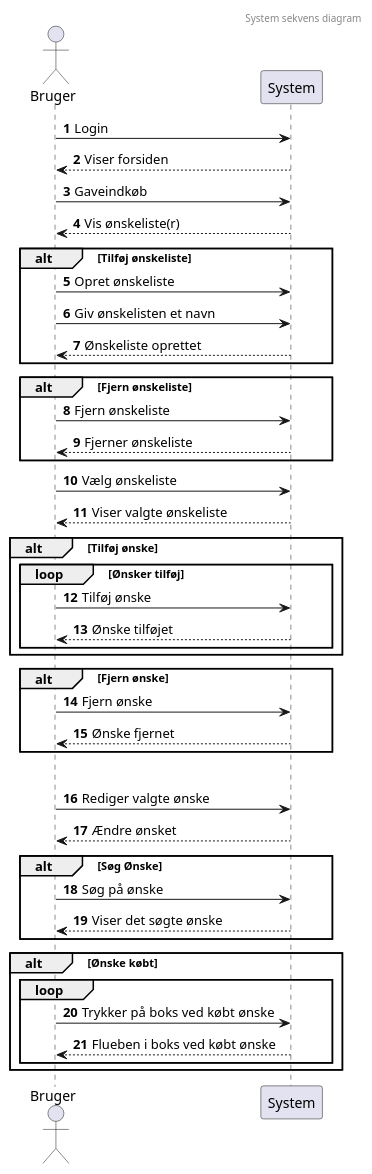
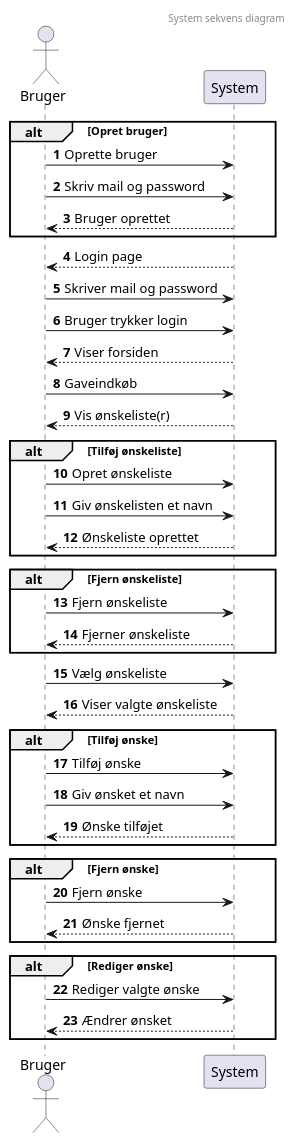
The diagram in src/main/resources/SekvensDIagram.puml (Emilkroldrup/1SemesterProject), drawn with PlantUML before and after one commit. The commit also changed 8 other files, not shown here.

```diff
--- a/src/main/resources/SekvensDIagram.puml
+++ b/src/main/resources/SekvensDIagram.puml
@@ -1,58 +1,62 @@
 @startuml
 'https://plantuml.com/sequence-diagram
 
 autonumber
 
 header System sekvens diagram
 actor Bruger
 
-Bruger -> System: Login
+alt Opret bruger
+    Bruger -> System: Oprette bruger
+    Bruger -> System: Skriv mail og password
+    Bruger <-- System: Bruger oprettet
+    end
+
+Bruger <-- System: Login page
+Bruger -> System: Skriver mail og password
+Bruger -> System: Bruger trykker login
 Bruger <-- System: Viser forsiden
 
 Bruger -> System: Gaveindkøb
 Bruger <-- System: Vis ønskeliste(r)
 
 
 alt Tilføj ønskeliste
     Bruger -> System: Opret ønskeliste
     Bruger -> System: Giv ønskelisten et navn
     Bruger <-- System: Ønskeliste oprettet
     end
 
 alt Fjern ønskeliste
     Bruger -> System: Fjern ønskeliste
     Bruger <-- System: Fjerner ønskeliste
     end
 
+
+
 Bruger -> System: Vælg ønskeliste
 Bruger <-- System: Viser valgte ønskeliste
 
+
+
+
 alt Tilføj ønske
-    loop Ønsker tilføj
         Bruger -> System: Tilføj ønske
+            Bruger -> System: Giv ønsket et navn
         Bruger <-- System: Ønske tilføjet
         end
-    end
+
 
 alt Fjern ønske
     Bruger -> System: Fjern ønske
     Bruger <-- System: Ønske fjernet
     end
 
 alt Rediger ønske
     Bruger -> System: Rediger valgte ønske
-    Bruger <-- System: Ændre ønsket
+    Bruger <-- System: Ændrer ønsket
+end
 
-alt Søg Ønske
-    Bruger -> System: Søg på ønske
-    Bruger <-- System: Viser det søgte ønske
-    end
 
-alt Ønske købt
-    loop
-        Bruger -> System: Trykker på boks ved købt ønske
-        Bruger <-- System: Flueben i boks ved købt ønske
-        end
-    end
 
 @enduml
```
